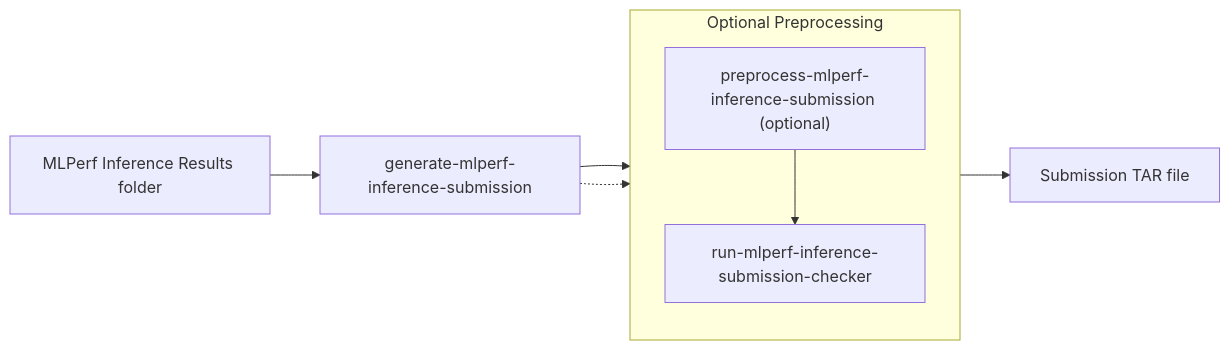
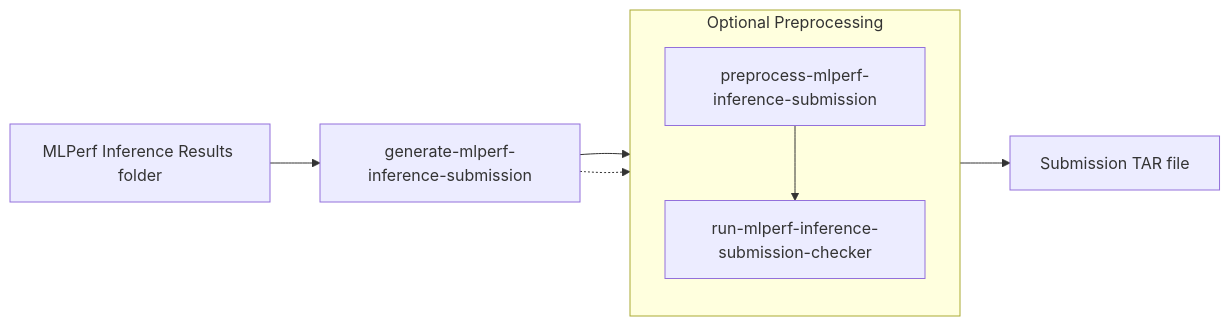
One commit to GATEOverflow/inference changed the second of 2 diagrams in docs/submission/index.md. Above: the diagram before and after it, drawn with Mermaid.

````diff
--- a/docs/submission/index.md
+++ b/docs/submission/index.md
@@ -24,16 +24,16 @@
 ```mermaid
 flowchart LR
     %% Main flow (Left to Right)
     A[MLPerf Inference Results folder] --> B[generate-mlperf-inference-submission]
     B --> C[run-mlperf-inference-submission-checker]
     C --> E[Submission TAR file]
 
     %% Subgraph for preprocess (Top to Down)
     subgraph Optional_Preprocessing[Optional Preprocessing]
         direction TD
-        D["preprocess-mlperf-inference-submission (optional)"] --> C
+        D[preprocess-mlperf-inference-submission] --> C
     end
 
     %% Dashed line to connect preprocess node
     B -.-> D
 ```
````
